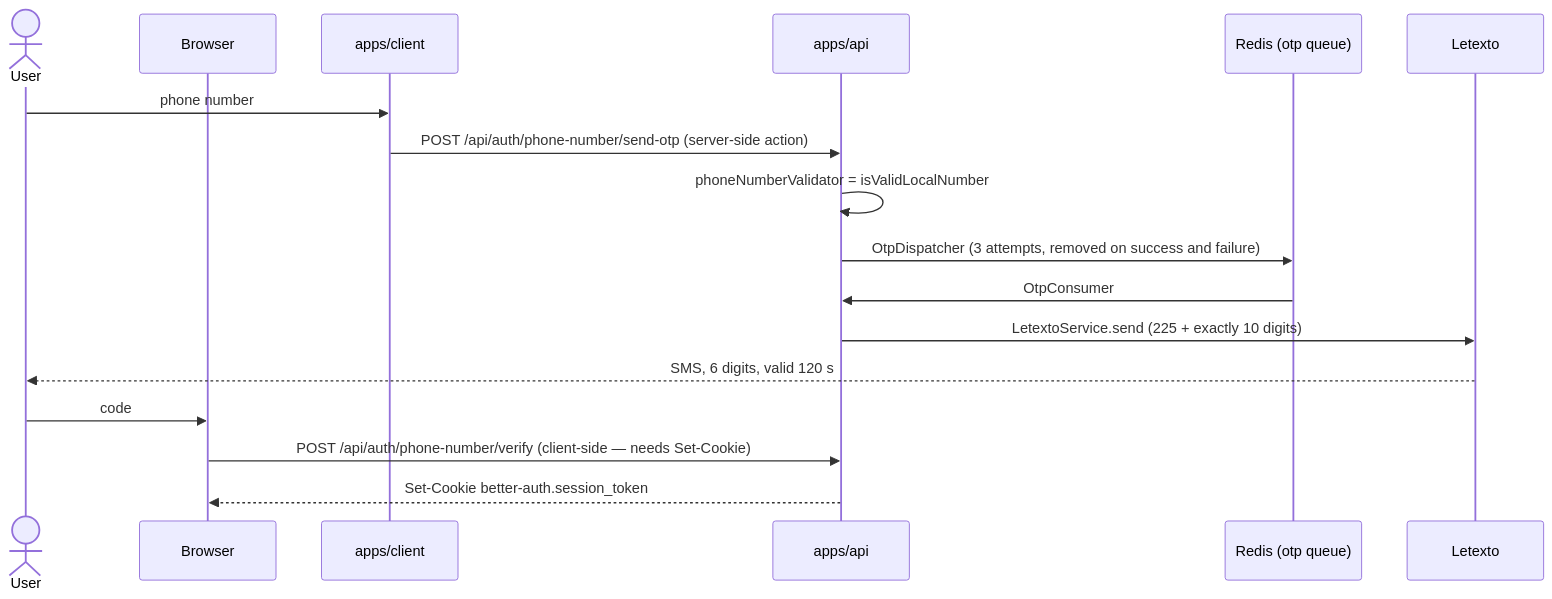
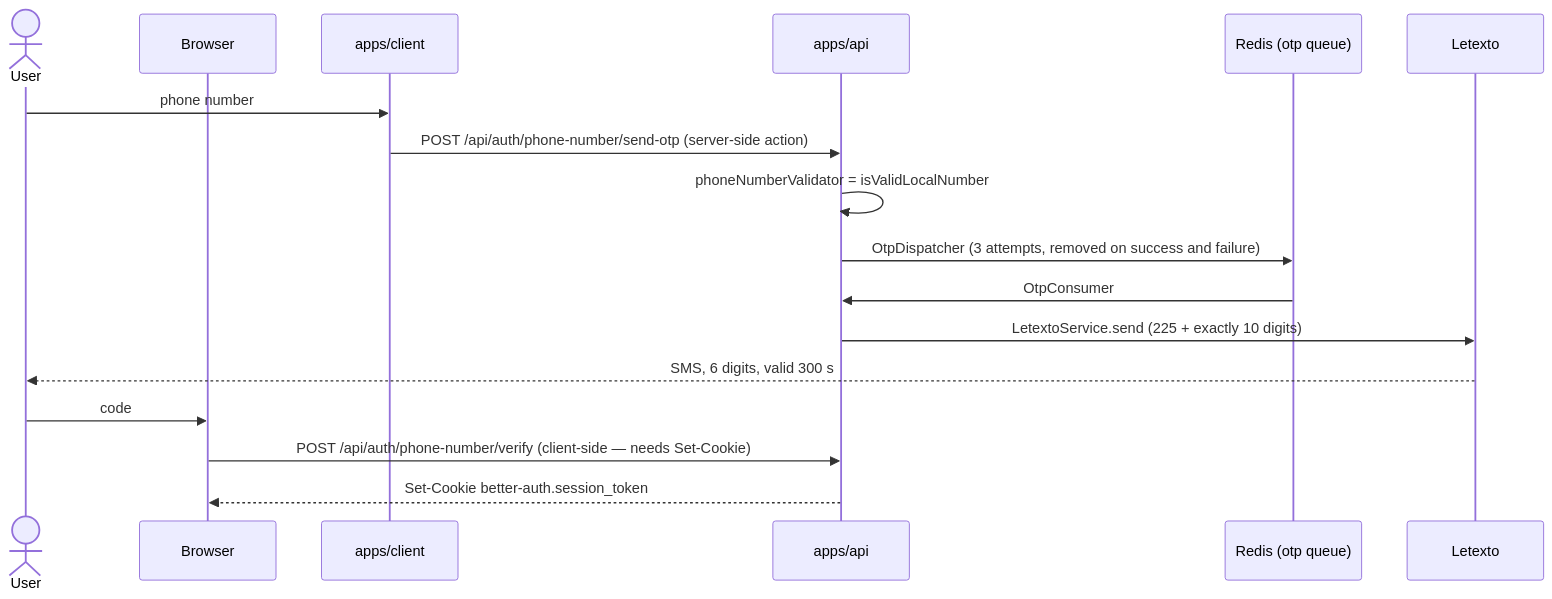
One commit to RetrouveCI/retrouve-ci changed the fourth of 4 diagrams in docs/architecture/04-business-flows.md. Above: the diagram before and after it, drawn with Mermaid. The commit also changed other lines of this file and 8 other files, not shown here.

````diff
--- a/docs/architecture/04-business-flows.md
+++ b/docs/architecture/04-business-flows.md
@@ -182,20 +182,20 @@
 ```mermaid
 sequenceDiagram
   actor U as User
   participant B as Browser
   participant C as apps/client
   participant API as apps/api
   participant Q as Redis (otp queue)
   participant SMS as Letexto
 
   U->>C: phone number
   C->>API: POST /api/auth/phone-number/send-otp (server-side action)
   API->>API: phoneNumberValidator = isValidLocalNumber
   API->>Q: OtpDispatcher (3 attempts, removed on success and failure)
   Q->>API: OtpConsumer
   API->>SMS: LetextoService.send (225 + exactly 10 digits)
-  SMS-->>U: SMS, 6 digits, valid 120 s
+  SMS-->>U: SMS, 6 digits, valid 300 s
   U->>B: code
   B->>API: POST /api/auth/phone-number/verify (client-side — needs Set-Cookie)
   API-->>B: Set-Cookie better-auth.session_token
 ```
````
